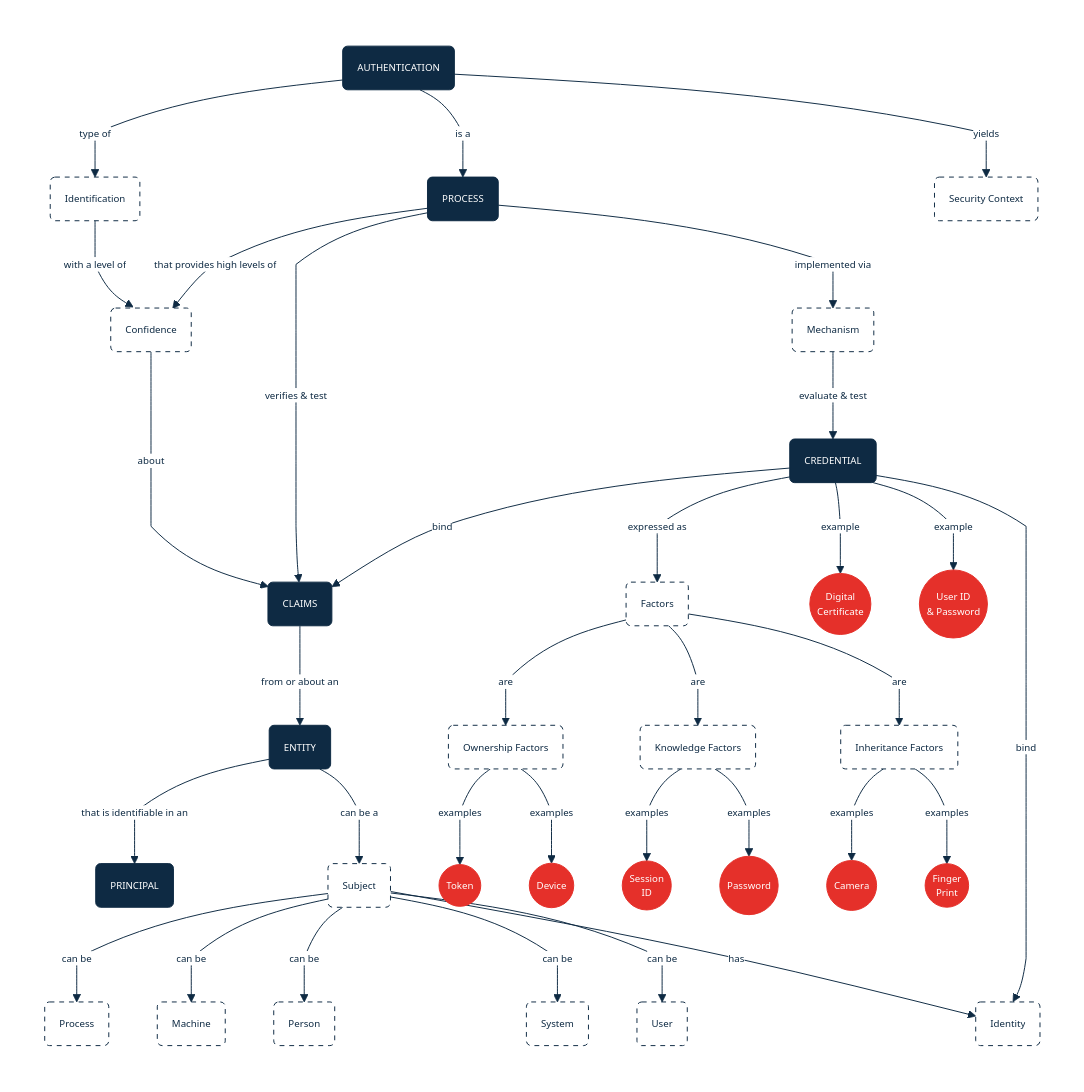
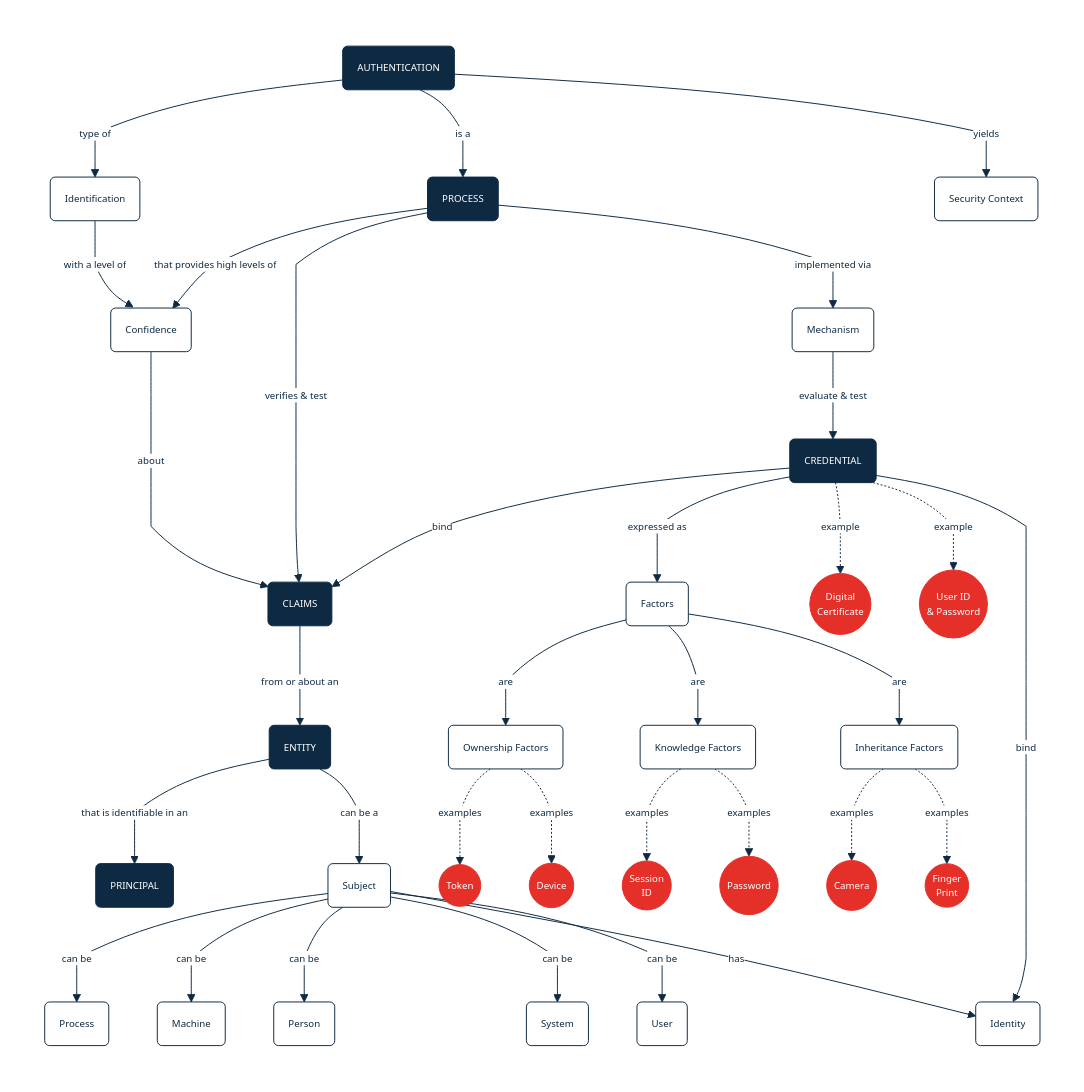
One commit to cybnity/domain-access-control changed the first of 2 diagrams in implementation-line/access-control/ac-domain-model/README.md. Above: the diagram before and after it, drawn with Mermaid.

````diff
--- a/implementation-line/access-control/ac-domain-model/README.md
+++ b/implementation-line/access-control/ac-domain-model/README.md
@@ -6,67 +6,65 @@
 ```mermaid
 %%{
   init: {
     'theme': 'base',
     'themeVariables': {
         'background': '#ffffff',
         'fontFamily': 'arial',
         'fontSize': '10px',
         'primaryColor': '#fff',
         'primaryTextColor': '#0e2a43',
         'primaryBorderColor': '#0e2a43',
         'secondaryColor': '#fff',
         'secondaryTextColor': '#fff',
         'secondaryBorderColor': '#fff',
         'tertiaryColor': '#fff',
         'tertiaryTextColor': '#fff',
         'tertiaryBorderColor': '#fff',
         'edgeLabelBackground':'#fff',
         'lineColor': '#0e2a43',
         'titleColor': '#fff',
         'textColor': '#fff',
         'lineColor': '#0e2a43',
         'nodeTextColor': '#fff',
         'nodeBorder': '#0e2a43',
         'noteTextColor': '#fff',
         'noteBorderColor': '#fff'
     },
     'flowchart': { 'curve': 'monotoneX' }
   }
 }%%
 flowchart TB
   subgraph global
     direction TB
     id1(AUTHENTICATION)
     id1 -- type of --> id2(Identification)
     id1 -- is a --> id3(PROCESS)
     id1 -- yields --> id4(Security Context)
     id2 -- with a level of --> id5(Confidence)
     id3 -- that provides high levels of --> id5
     id3 -- verifies & test --> id6(CLAIMS)
     id5 -- about --> id6
     id3 -- implemented via --> id7(Mechanism)
     id7 -- evaluate & test --> id14(CREDENTIAL)
 
     id6 -- from or about an --> id22(ENTITY)
     id22 -- that is identifiable in an --> id29(PRINCIPAL)
     id22 -- can be a --> id23(Subject)
     id14 -- bind --> id6
 
     id14 -- expressed as --> id13
     id13(Factors) -- are --> id8(Ownership Factors) & id9(Knowledge Factors) & id10(Inheritance Factors)
-    id8 -- examples --> id11((Token)) & id12((Device))
-    id9 -- examples --> id15((Session<br>ID)) & id16((Password))
-    id10 -- examples --> id17((Camera)) & id18((Finger<br>Print))
-    id14 -- example --> id20((Digital<br>Certificate)) & id21((User ID<br>& Password))
+    id8 -. examples .-> id11((Token)) & id12((Device))
+    id9 -. examples .-> id15((Session<br>ID)) & id16((Password))
+    id10 -. examples .-> id17((Camera)) & id18((Finger<br>Print))
+    id14 -. example .-> id20((Digital<br>Certificate)) & id21((User ID<br>& Password))
     id23 -- can be --> id24(Process) & id25(Machine) & id26(Person) & id27(System) & id28(User)
     id23 -- has --> id19
     id14 -- bind --> id19(Identity)
   end
-  classDef future stroke-dasharray: 5 5
   classDef concern fill:#0e2a43, color:#fff
   classDef example fill:#e5302a, stroke:#e5302a, color:#fff
-  class id2,id4,id5,id7,id8,id9,id10,id13,id19,id23,id24,id25,id26,id27,id28 future;
   class id1,id3,id6,id14,id22,id29 concern;
   class id11,id12,id15,id16,id17,id18,id20,id21 example;
 
 ```
````
